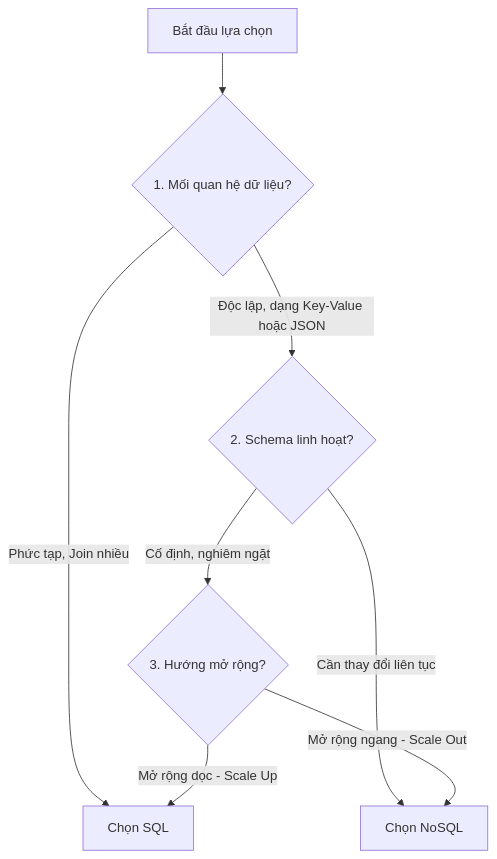
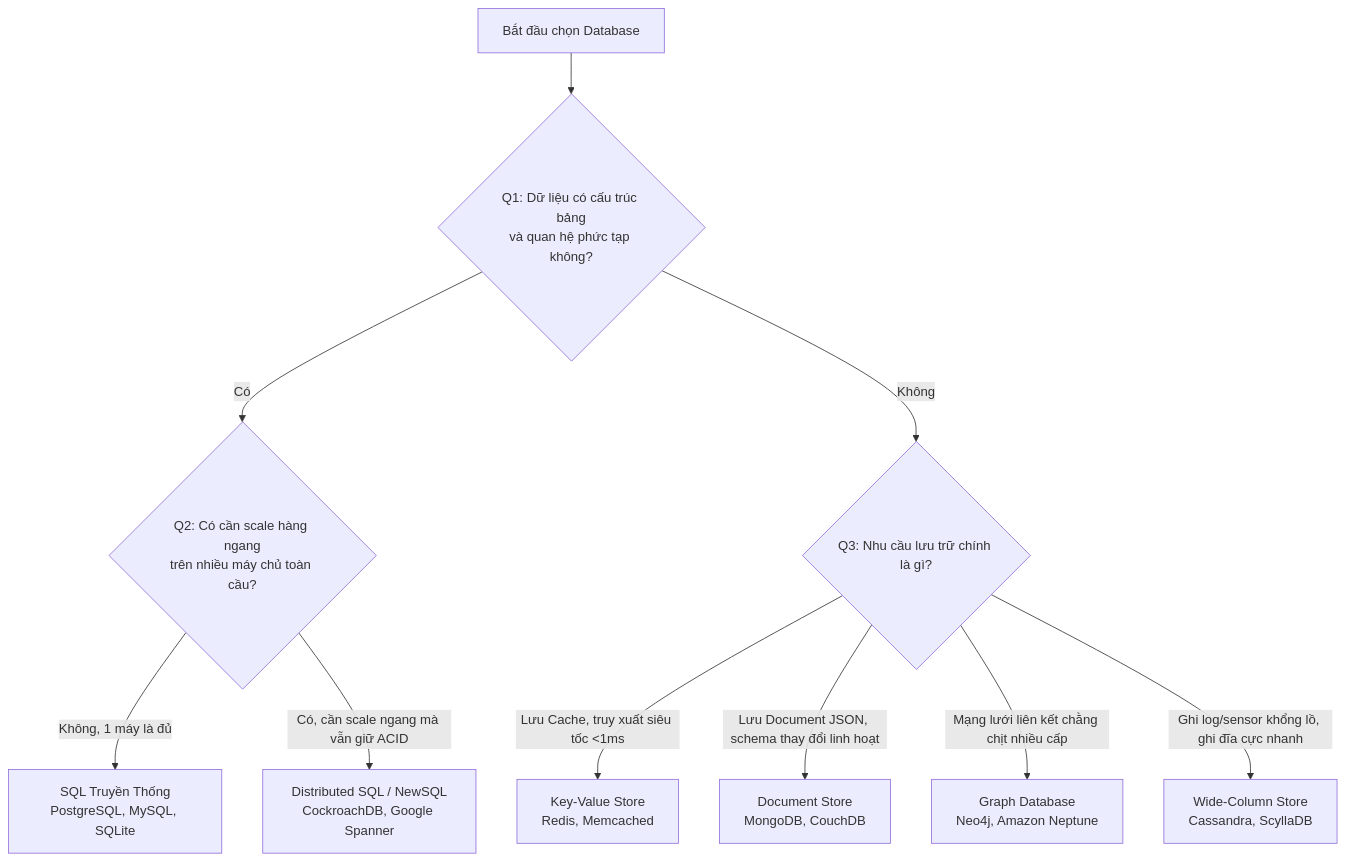
Before and after one commit to NghiaDPTWork/cs-fundamentals: the diagram in database/database_fundamentals.md, drawn with Mermaid. The commit also changed other lines of this file, not shown here.

Commit message:
docs: clarify distributed database and optimize selection flow visualization

````diff
--- a/database/database_fundamentals.md
+++ b/database/database_fundamentals.md
@@ -86,12 +99,15 @@
 ```mermaid
 graph TD
-    Start[Bắt đầu lựa chọn] --> Q1{1. Mối quan hệ dữ liệu?}
-    Q1 -->|Phức tạp, Join nhiều| SQL[Chọn SQL]
-    Q1 -->|Độc lập, dạng Key-Value hoặc JSON| Q2{2. Schema linh hoạt?}
+    Start[Bắt đầu chọn Database] --> Q1{Q1: Dữ liệu có cấu trúc bảng<br>và quan hệ phức tạp không?}
     
-    Q2 -->|Cần thay đổi liên tục| NoSQL[Chọn NoSQL]
-    Q2 -->|Cố định, nghiêm ngặt| Q3{3. Hướng mở rộng?}
+    Q1 -->|Có| Q2{Q2: Có cần scale hàng ngang<br>trên nhiều máy chủ toàn cầu?}
+    Q1 -->|Không| Q3{Q3: Nhu cầu lưu trữ chính là gì?}
     
-    Q3 -->|Mở rộng dọc - Scale Up| SQL
-    Q3 -->|Mở rộng ngang - Scale Out| NoSQL
+    Q2 -->|Không, 1 máy là đủ| SQL_Trad[SQL Truyền Thống<br>PostgreSQL, MySQL, SQLite]
+    Q2 -->|Có, cần scale ngang mà vẫn giữ ACID| SQL_Dist[Distributed SQL / NewSQL<br>CockroachDB, Google Spanner]
+    
+    Q3 -->|Lưu Cache, truy xuất siêu tốc <1ms| NoSQL_KV[Key-Value Store<br>Redis, Memcached]
+    Q3 -->|Lưu Document JSON, schema thay đổi linh hoạt| NoSQL_Doc[Document Store<br>MongoDB, CouchDB]
+    Q3 -->|Mạng lưới liên kết chằng chịt nhiều cấp| Graph_DB[Graph Database<br>Neo4j, Amazon Neptune]
+    Q3 -->|Ghi log/sensor khổng lồ, ghi đĩa cực nhanh| NoSQL_Col[Wide-Column Store<br>Cassandra, ScyllaDB]
 ```
````
